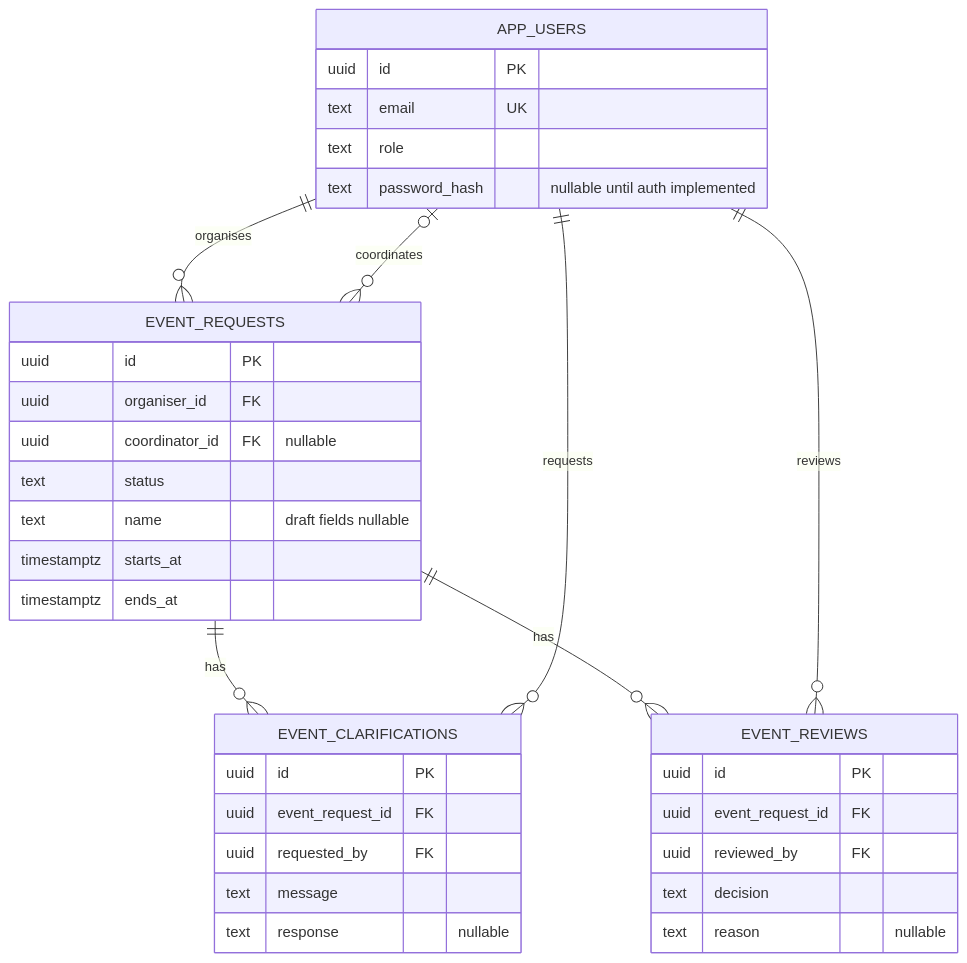
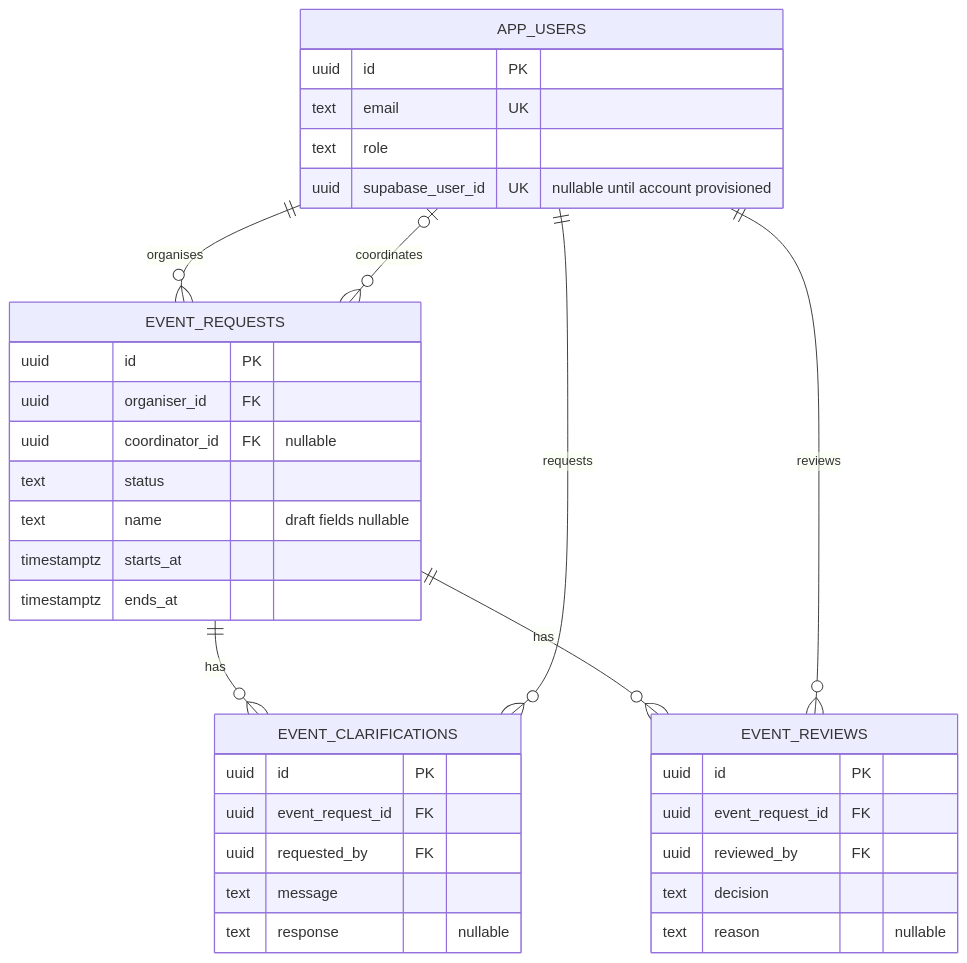
Before and after one commit to MochaLxtte/ConnectSphere: the third of 3 diagrams in docs/architecture/README.md, drawn with Mermaid. The commit also changed other lines of this file and 23 other files, not shown here.

````diff
--- a/docs/architecture/README.md
+++ b/docs/architecture/README.md
@@ -60,38 +67,38 @@
 ```mermaid
 erDiagram
   APP_USERS ||--o{ EVENT_REQUESTS : organises
   APP_USERS o|--o{ EVENT_REQUESTS : coordinates
   EVENT_REQUESTS ||--o{ EVENT_CLARIFICATIONS : has
   EVENT_REQUESTS ||--o{ EVENT_REVIEWS : has
   APP_USERS ||--o{ EVENT_CLARIFICATIONS : requests
   APP_USERS ||--o{ EVENT_REVIEWS : reviews
   APP_USERS {
     uuid id PK
     text email UK
     text role
-    text password_hash "nullable until auth implemented"
+    uuid supabase_user_id UK "nullable until account provisioned"
   }
   EVENT_REQUESTS {
     uuid id PK
     uuid organiser_id FK
     uuid coordinator_id FK "nullable"
     text status
     text name "draft fields nullable"
     timestamptz starts_at
     timestamptz ends_at
   }
   EVENT_CLARIFICATIONS {
     uuid id PK
     uuid event_request_id FK
     uuid requested_by FK
     text message
     text response "nullable"
   }
   EVENT_REVIEWS {
     uuid id PK
     uuid event_request_id FK
     uuid reviewed_by FK
     text decision
     text reason "nullable"
   }
 ```
````
